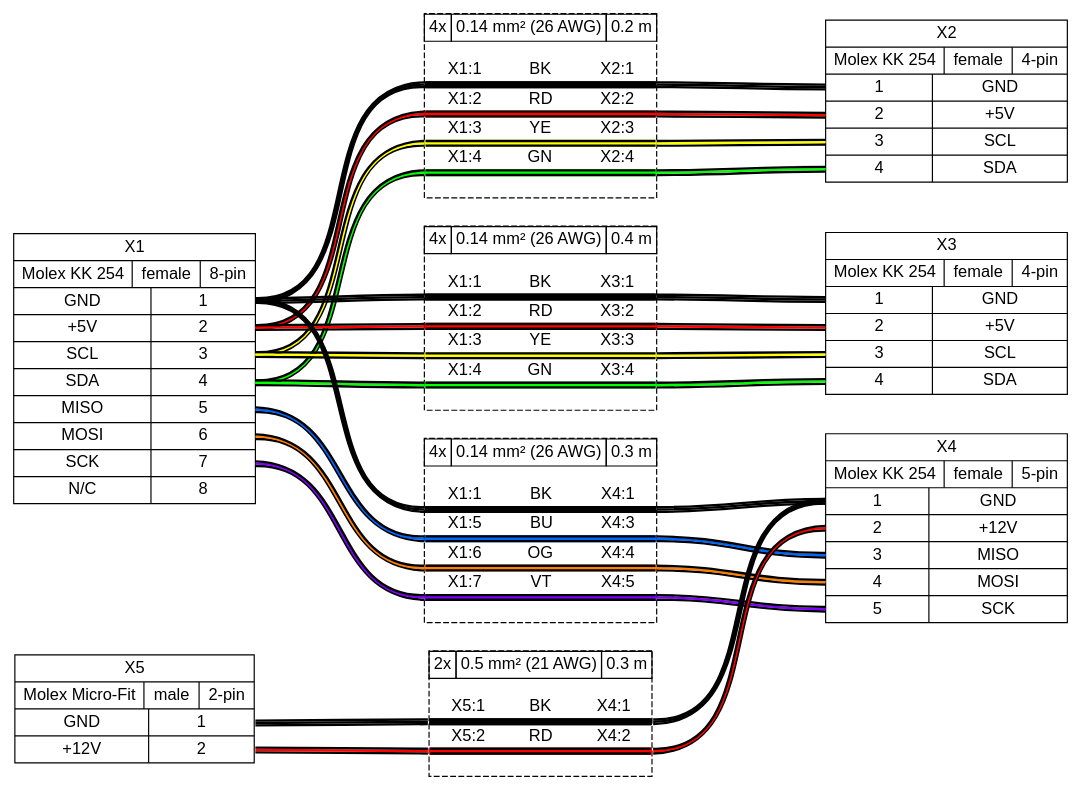
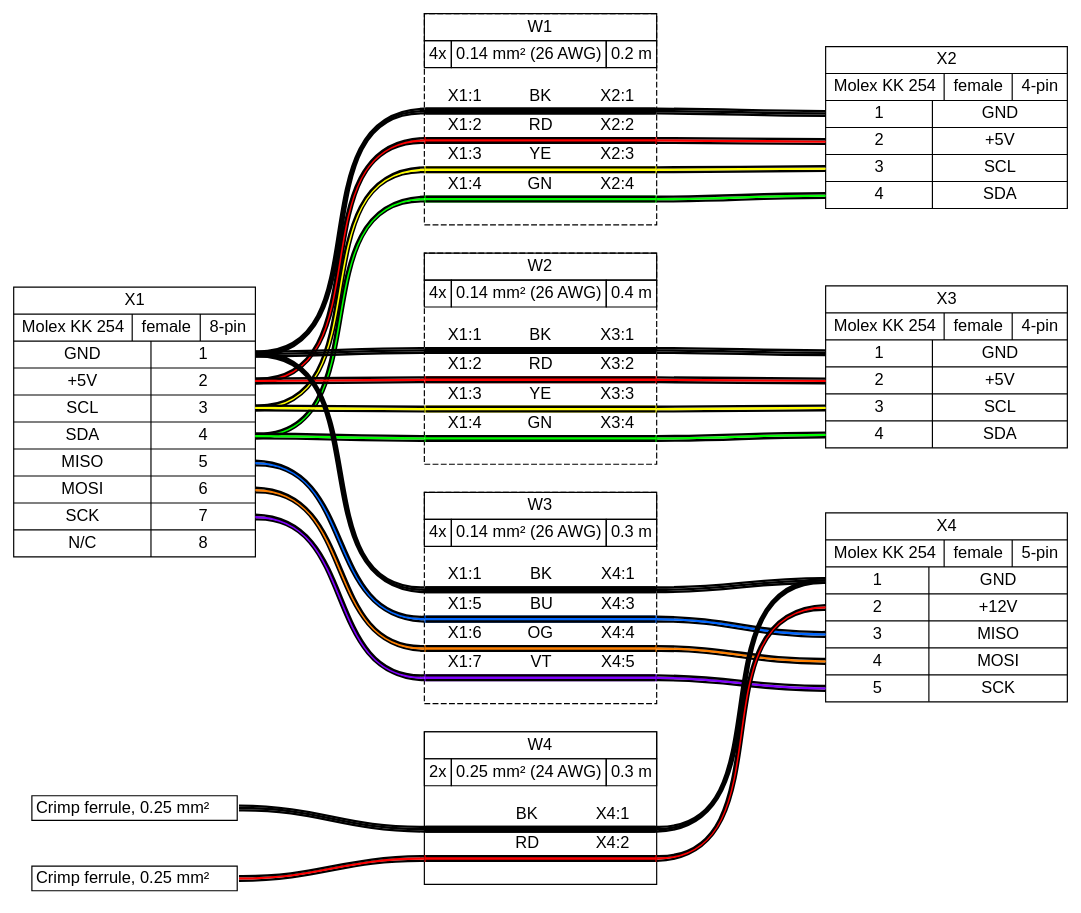
Before and after one commit to wireviz/WireViz: the diagram in examples/demo02.gv, drawn with Graphviz. The commit also changed 29 other files, not shown here.

```diff
--- a/examples/demo02.gv
+++ b/examples/demo02.gv
@@ -1,58 +1,79 @@
 graph {
 // Graph generated by WireViz
 // https://github.com/formatc1702/WireViz
 	graph [bgcolor=white fontname=arial nodesep=0.33 rankdir=LR ranksep=2]
 	node [fillcolor=white fontname=arial shape=record style=filled]
 	edge [fontname=arial style=bold]
 	X1 [label="X1|{Molex KK 254|female|8-pin}|{{GND|+5V|SCL|SDA|MISO|MOSI|SCK|N/C}|{<p1r>1|<p2r>2|<p3r>3|<p4r>4|<p5r>5|<p6r>6|<p7r>7|<p8r>8}}"]
 	X2 [label="X2|{Molex KK 254|female|4-pin}|{{<p1l>1|<p2l>2|<p3l>3|<p4l>4}|{GND|+5V|SCL|SDA}}"]
 	X3 [label="X3|{Molex KK 254|female|4-pin}|{{<p1l>1|<p2l>2|<p3l>3|<p4l>4}|{GND|+5V|SCL|SDA}}"]
 	X4 [label="X4|{Molex KK 254|female|5-pin}|{{<p1l>1|<p2l>2|<p3l>3|<p4l>4|<p5l>5}|{GND|+12V|MISO|MOSI|SCK}}"]
-	X5 [label="X5|{Molex Micro-Fit|male|2-pin}|{{GND|+12V}|{<p1r>1|<p2r>2}}"]
+	F1 [label=<
+
+                <TABLE BORDER="1" CELLBORDER="0" CELLSPACING="0" CELLPADDING="2"><TR>
+                <TD PORT="p1l"> Crimp ferrule, 0.25 mm²  </TD>
+                
+                <TD PORT="p1r">  </TD>
+                </TR></TABLE>
+
+
+                > margin=0 orientation=180 shape=none style=filled]
+	F2 [label=<
+
+                <TABLE BORDER="1" CELLBORDER="0" CELLSPACING="0" CELLPADDING="2"><TR>
+                <TD PORT="p1l"> Crimp ferrule, 0.25 mm²  </TD>
+                
+                <TD PORT="p1r">  </TD>
+                </TR></TABLE>
+
+
+                > margin=0 orientation=180 shape=none style=filled]
 	edge [color="#000000:#000000:#000000"]
 	X1:p1r:e -- W1:w1:w
 	W1:w1:e -- X2:p1l:w
 	edge [color="#000000:#ff0000:#000000"]
 	X1:p2r:e -- W1:w2:w
 	W1:w2:e -- X2:p2l:w
 	edge [color="#000000:#ffff00:#000000"]
 	X1:p3r:e -- W1:w3:w
 	W1:w3:e -- X2:p3l:w
 	edge [color="#000000:#00ff00:#000000"]
 	X1:p4r:e -- W1:w4:w
 	W1:w4:e -- X2:p4l:w
-	W1 [label=<<table border="0" cellspacing="0" cellpadding="0"><tr><td><table border="0" cellspacing="0" cellpadding="3" cellborder="1"><tr><td>4x</td><td>0.14 mm² (26 AWG)</td><td>0.2 m</td></tr></table></td></tr><tr><td>&nbsp;</td></tr><tr><td><table border="0" cellspacing="0" cellborder="0"><tr><td>X1:1</td><td>BK</td><td>X2:1</td></tr><tr><td colspan="3" cellpadding="0" height="6" bgcolor="#000000" border="2" sides="tb" port="w1"></td></tr><tr><td>X1:2</td><td>RD</td><td>X2:2</td></tr><tr><td colspan="3" cellpadding="0" height="6" bgcolor="#ff0000" border="2" sides="tb" port="w2"></td></tr><tr><td>X1:3</td><td>YE</td><td>X2:3</td></tr><tr><td colspan="3" cellpadding="0" height="6" bgcolor="#ffff00" border="2" sides="tb" port="w3"></td></tr><tr><td>X1:4</td><td>GN</td><td>X2:4</td></tr><tr><td colspan="3" cellpadding="0" height="6" bgcolor="#00ff00" border="2" sides="tb" port="w4"></td></tr><tr><td>&nbsp;</td></tr></table></td></tr></table>> fillcolor=white margin=0 shape=box style="filled,dashed"]
+	W1 [label=<<table border="0" cellspacing="0" cellpadding="0"><tr><td><table border="0" cellspacing="0" cellpadding="3" cellborder="1"><tr><td colspan="3">W1</td></tr><tr><td>4x</td><td>0.14 mm² (26 AWG)</td><td>0.2 m</td></tr></table></td></tr><tr><td>&nbsp;</td></tr><tr><td><table border="0" cellspacing="0" cellborder="0"><tr><td>X1:1</td><td>BK</td><td>X2:1</td></tr><tr><td colspan="3" cellpadding="0" height="6" bgcolor="#000000" border="2" sides="tb" port="w1"></td></tr><tr><td>X1:2</td><td>RD</td><td>X2:2</td></tr><tr><td colspan="3" cellpadding="0" height="6" bgcolor="#ff0000" border="2" sides="tb" port="w2"></td></tr><tr><td>X1:3</td><td>YE</td><td>X2:3</td></tr><tr><td colspan="3" cellpadding="0" height="6" bgcolor="#ffff00" border="2" sides="tb" port="w3"></td></tr><tr><td>X1:4</td><td>GN</td><td>X2:4</td></tr><tr><td colspan="3" cellpadding="0" height="6" bgcolor="#00ff00" border="2" sides="tb" port="w4"></td></tr><tr><td>&nbsp;</td></tr></table></td></tr></table>> fillcolor=white margin=0 shape=box style="filled,dashed"]
 	edge [color="#000000:#000000:#000000"]
 	X1:p1r:e -- W2:w1:w
 	W2:w1:e -- X3:p1l:w
 	edge [color="#000000:#ff0000:#000000"]
 	X1:p2r:e -- W2:w2:w
 	W2:w2:e -- X3:p2l:w
 	edge [color="#000000:#ffff00:#000000"]
 	X1:p3r:e -- W2:w3:w
 	W2:w3:e -- X3:p3l:w
 	edge [color="#000000:#00ff00:#000000"]
 	X1:p4r:e -- W2:w4:w
 	W2:w4:e -- X3:p4l:w
-	W2 [label=<<table border="0" cellspacing="0" cellpadding="0"><tr><td><table border="0" cellspacing="0" cellpadding="3" cellborder="1"><tr><td>4x</td><td>0.14 mm² (26 AWG)</td><td>0.4 m</td></tr></table></td></tr><tr><td>&nbsp;</td></tr><tr><td><table border="0" cellspacing="0" cellborder="0"><tr><td>X1:1</td><td>BK</td><td>X3:1</td></tr><tr><td colspan="3" cellpadding="0" height="6" bgcolor="#000000" border="2" sides="tb" port="w1"></td></tr><tr><td>X1:2</td><td>RD</td><td>X3:2</td></tr><tr><td colspan="3" cellpadding="0" height="6" bgcolor="#ff0000" border="2" sides="tb" port="w2"></td></tr><tr><td>X1:3</td><td>YE</td><td>X3:3</td></tr><tr><td colspan="3" cellpadding="0" height="6" bgcolor="#ffff00" border="2" sides="tb" port="w3"></td></tr><tr><td>X1:4</td><td>GN</td><td>X3:4</td></tr><tr><td colspan="3" cellpadding="0" height="6" bgcolor="#00ff00" border="2" sides="tb" port="w4"></td></tr><tr><td>&nbsp;</td></tr></table></td></tr></table>> fillcolor=white margin=0 shape=box style="filled,dashed"]
+	W2 [label=<<table border="0" cellspacing="0" cellpadding="0"><tr><td><table border="0" cellspacing="0" cellpadding="3" cellborder="1"><tr><td colspan="3">W2</td></tr><tr><td>4x</td><td>0.14 mm² (26 AWG)</td><td>0.4 m</td></tr></table></td></tr><tr><td>&nbsp;</td></tr><tr><td><table border="0" cellspacing="0" cellborder="0"><tr><td>X1:1</td><td>BK</td><td>X3:1</td></tr><tr><td colspan="3" cellpadding="0" height="6" bgcolor="#000000" border="2" sides="tb" port="w1"></td></tr><tr><td>X1:2</td><td>RD</td><td>X3:2</td></tr><tr><td colspan="3" cellpadding="0" height="6" bgcolor="#ff0000" border="2" sides="tb" port="w2"></td></tr><tr><td>X1:3</td><td>YE</td><td>X3:3</td></tr><tr><td colspan="3" cellpadding="0" height="6" bgcolor="#ffff00" border="2" sides="tb" port="w3"></td></tr><tr><td>X1:4</td><td>GN</td><td>X3:4</td></tr><tr><td colspan="3" cellpadding="0" height="6" bgcolor="#00ff00" border="2" sides="tb" port="w4"></td></tr><tr><td>&nbsp;</td></tr></table></td></tr></table>> fillcolor=white margin=0 shape=box style="filled,dashed"]
 	edge [color="#000000:#000000:#000000"]
 	X1:p1r:e -- W3:w1:w
 	W3:w1:e -- X4:p1l:w
 	edge [color="#000000:#0066ff:#000000"]
 	X1:p5r:e -- W3:w2:w
 	W3:w2:e -- X4:p3l:w
 	edge [color="#000000:#ff8000:#000000"]
 	X1:p6r:e -- W3:w3:w
 	W3:w3:e -- X4:p4l:w
 	edge [color="#000000:#8000ff:#000000"]
 	X1:p7r:e -- W3:w4:w
 	W3:w4:e -- X4:p5l:w
-	W3 [label=<<table border="0" cellspacing="0" cellpadding="0"><tr><td><table border="0" cellspacing="0" cellpadding="3" cellborder="1"><tr><td>4x</td><td>0.14 mm² (26 AWG)</td><td>0.3 m</td></tr></table></td></tr><tr><td>&nbsp;</td></tr><tr><td><table border="0" cellspacing="0" cellborder="0"><tr><td>X1:1</td><td>BK</td><td>X4:1</td></tr><tr><td colspan="3" cellpadding="0" height="6" bgcolor="#000000" border="2" sides="tb" port="w1"></td></tr><tr><td>X1:5</td><td>BU</td><td>X4:3</td></tr><tr><td colspan="3" cellpadding="0" height="6" bgcolor="#0066ff" border="2" sides="tb" port="w2"></td></tr><tr><td>X1:6</td><td>OG</td><td>X4:4</td></tr><tr><td colspan="3" cellpadding="0" height="6" bgcolor="#ff8000" border="2" sides="tb" port="w3"></td></tr><tr><td>X1:7</td><td>VT</td><td>X4:5</td></tr><tr><td colspan="3" cellpadding="0" height="6" bgcolor="#8000ff" border="2" sides="tb" port="w4"></td></tr><tr><td>&nbsp;</td></tr></table></td></tr></table>> fillcolor=white margin=0 shape=box style="filled,dashed"]
+	W3 [label=<<table border="0" cellspacing="0" cellpadding="0"><tr><td><table border="0" cellspacing="0" cellpadding="3" cellborder="1"><tr><td colspan="3">W3</td></tr><tr><td>4x</td><td>0.14 mm² (26 AWG)</td><td>0.3 m</td></tr></table></td></tr><tr><td>&nbsp;</td></tr><tr><td><table border="0" cellspacing="0" cellborder="0"><tr><td>X1:1</td><td>BK</td><td>X4:1</td></tr><tr><td colspan="3" cellpadding="0" height="6" bgcolor="#000000" border="2" sides="tb" port="w1"></td></tr><tr><td>X1:5</td><td>BU</td><td>X4:3</td></tr><tr><td colspan="3" cellpadding="0" height="6" bgcolor="#0066ff" border="2" sides="tb" port="w2"></td></tr><tr><td>X1:6</td><td>OG</td><td>X4:4</td></tr><tr><td colspan="3" cellpadding="0" height="6" bgcolor="#ff8000" border="2" sides="tb" port="w3"></td></tr><tr><td>X1:7</td><td>VT</td><td>X4:5</td></tr><tr><td colspan="3" cellpadding="0" height="6" bgcolor="#8000ff" border="2" sides="tb" port="w4"></td></tr><tr><td>&nbsp;</td></tr></table></td></tr></table>> fillcolor=white margin=0 shape=box style="filled,dashed"]
 	edge [color="#000000:#000000:#000000"]
-	X5:p1r:e -- W4:w1:w
+	F1:e -- W4:w1:w
+	edge [color="#000000:#ff0000:#000000"]
+	F2:e -- W4:w2:w
+	edge [color="#000000:#000000:#000000"]
 	W4:w1:e -- X4:p1l:w
 	edge [color="#000000:#ff0000:#000000"]
-	X5:p2r:e -- W4:w2:w
 	W4:w2:e -- X4:p2l:w
-	W4 [label=<<table border="0" cellspacing="0" cellpadding="0"><tr><td><table border="0" cellspacing="0" cellpadding="3" cellborder="1"><tr><td>2x</td><td>0.5 mm² (21 AWG)</td><td>0.3 m</td></tr></table></td></tr><tr><td>&nbsp;</td></tr><tr><td><table border="0" cellspacing="0" cellborder="0"><tr><td>X5:1</td><td>BK</td><td>X4:1</td></tr><tr><td colspan="3" cellpadding="0" height="6" bgcolor="#000000" border="2" sides="tb" port="w1"></td></tr><tr><td>X5:2</td><td>RD</td><td>X4:2</td></tr><tr><td colspan="3" cellpadding="0" height="6" bgcolor="#ff0000" border="2" sides="tb" port="w2"></td></tr><tr><td>&nbsp;</td></tr></table></td></tr></table>> fillcolor=white margin=0 shape=box style="filled,dashed"]
+	W4 [label=<<table border="0" cellspacing="0" cellpadding="0"><tr><td><table border="0" cellspacing="0" cellpadding="3" cellborder="1"><tr><td colspan="3">W4</td></tr><tr><td>2x</td><td>0.25 mm² (24 AWG)</td><td>0.3 m</td></tr></table></td></tr><tr><td>&nbsp;</td></tr><tr><td><table border="0" cellspacing="0" cellborder="0"><tr><td></td><td>BK</td><td>X4:1</td></tr><tr><td colspan="3" cellpadding="0" height="6" bgcolor="#000000" border="2" sides="tb" port="w1"></td></tr><tr><td></td><td>RD</td><td>X4:2</td></tr><tr><td colspan="3" cellpadding="0" height="6" bgcolor="#ff0000" border="2" sides="tb" port="w2"></td></tr><tr><td>&nbsp;</td></tr></table></td></tr></table>> fillcolor=white margin=0 shape=box style=""]
 }
```
